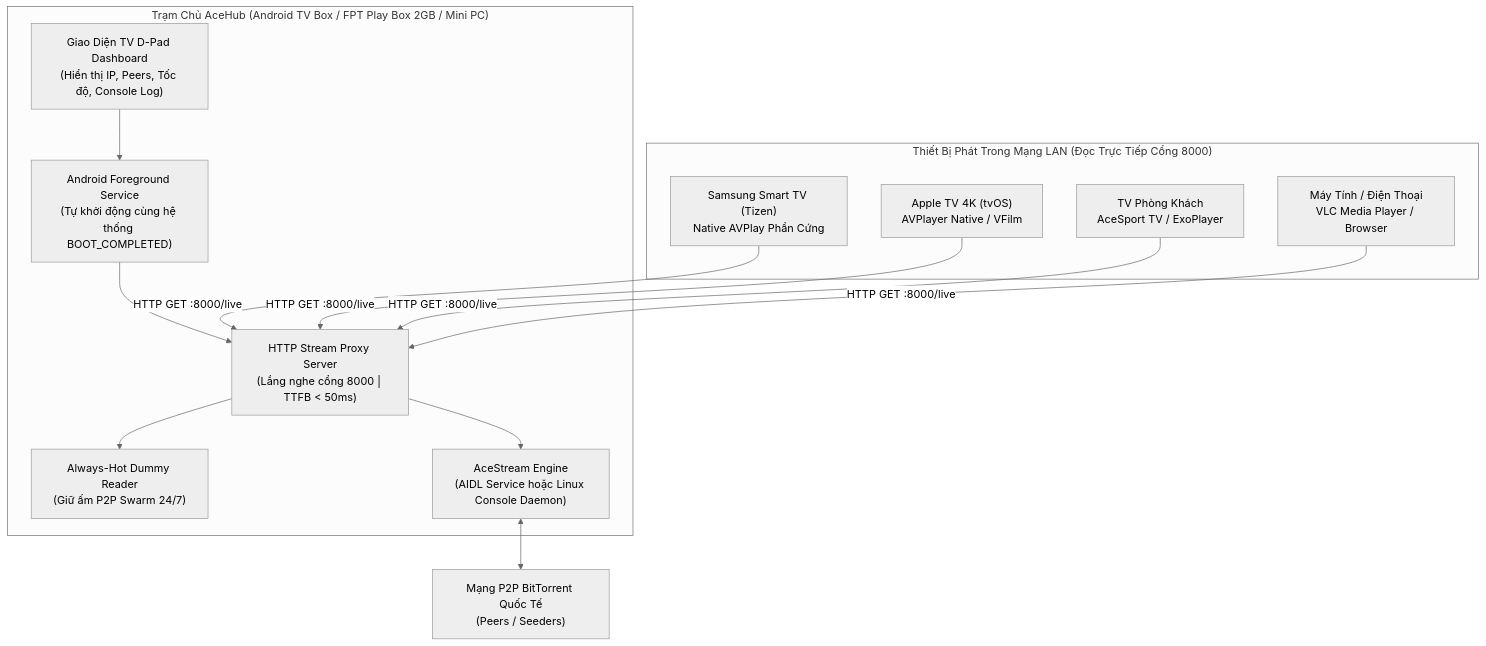
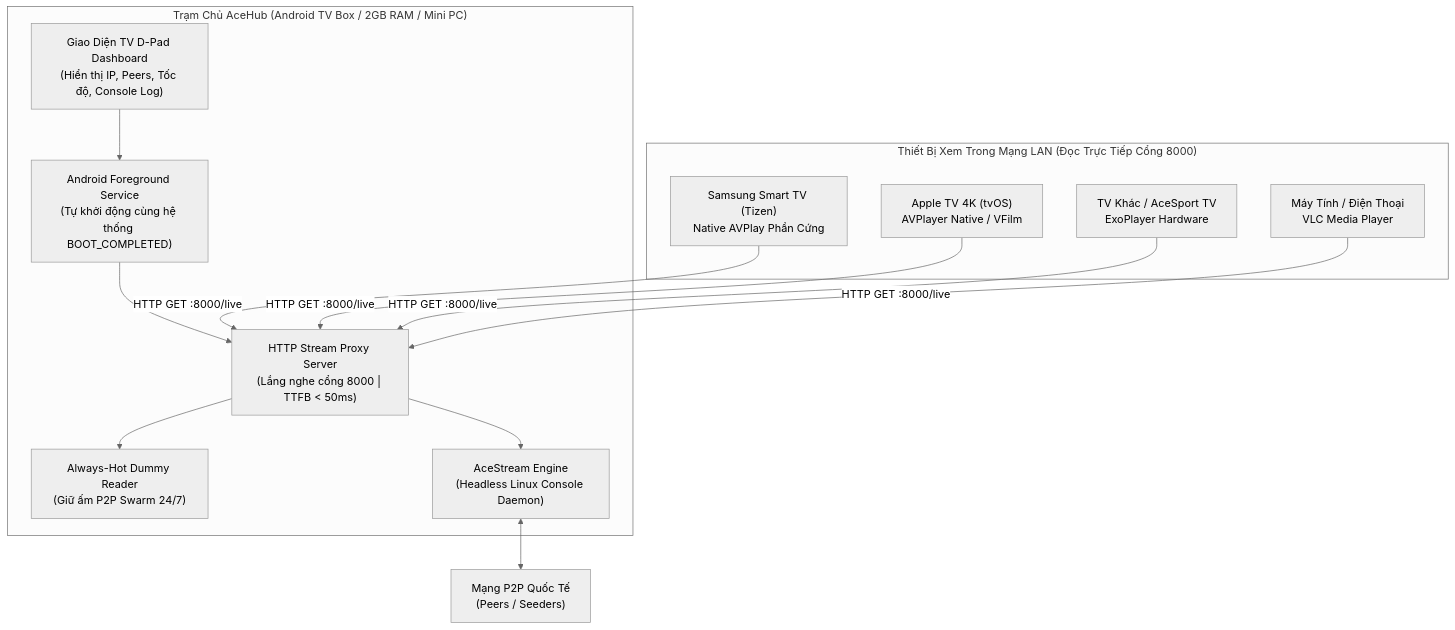
One commit to hongson117/aceHub changed the diagram in README.md. Above: the diagram before and after it, drawn with Mermaid (neutral theme). The commit also changed other lines of this file and 4 other files, not shown here.

````diff
--- a/README.md
+++ b/README.md
@@ -34,24 +201,24 @@
 ```mermaid
 flowchart TD
-    subgraph AceHub["Trạm Chủ AceHub (Android TV Box / FPT Play Box 2GB / Mini PC)"]
+    subgraph AceHub["Trạm Chủ AceHub (Android TV Box / 2GB RAM / Mini PC)"]
         Dashboard["Giao Diện TV D-Pad Dashboard\n(Hiển thị IP, Peers, Tốc độ, Console Log)"]
         Service["Android Foreground Service\n(Tự khởi động cùng hệ thống BOOT_COMPLETED)"]
         Proxy["HTTP Stream Proxy Server\n(Lắng nghe cổng 8000 | TTFB < 50ms)"]
         Keepalive["Always-Hot Dummy Reader\n(Giữ ấm P2P Swarm 24/7)"]
-        Engine["AceStream Engine\n(AIDL Service hoặc Linux Console Daemon)"]
+        Engine["AceStream Engine\n(Headless Linux Console Daemon)"]
 
         Dashboard --> Service
         Service --> Proxy
         Proxy --> Keepalive
         Proxy --> Engine
     end
 
-    subgraph Clients["Thiết Bị Phát Trong Mạng LAN (Đọc Trực Tiếp Cổng 8000)"]
+    subgraph Clients["Thiết Bị Xem Trong Mạng LAN (Đọc Trực Tiếp Cổng 8000)"]
         Samsung["Samsung Smart TV (Tizen)\nNative AVPlay Phần Cứng"] -->|HTTP GET :8000/live| Proxy
         AppleTV["Apple TV 4K (tvOS)\nAVPlayer Native / VFilm"] -->|HTTP GET :8000/live| Proxy
-        AndroidTV["TV Phòng Khách\nAceSport TV / ExoPlayer"] -->|HTTP GET :8000/live| Proxy
-        VLC["Máy Tính / Điện Thoại\nVLC Media Player / Browser"] -->|HTTP GET :8000/live| Proxy
+        AndroidTV["TV Khác / AceSport TV\nExoPlayer Hardware"] -->|HTTP GET :8000/live| Proxy
+        VLC["Máy Tính / Điện Thoại\nVLC Media Player"] -->|HTTP GET :8000/live| Proxy
     end
 
-    Engine <--> Swarm["Mạng P2P BitTorrent Quốc Tế\n(Peers / Seeders)"]
+    Engine <--> Swarm["Mạng P2P Quốc Tế\n(Peers / Seeders)"]
 ```
````
